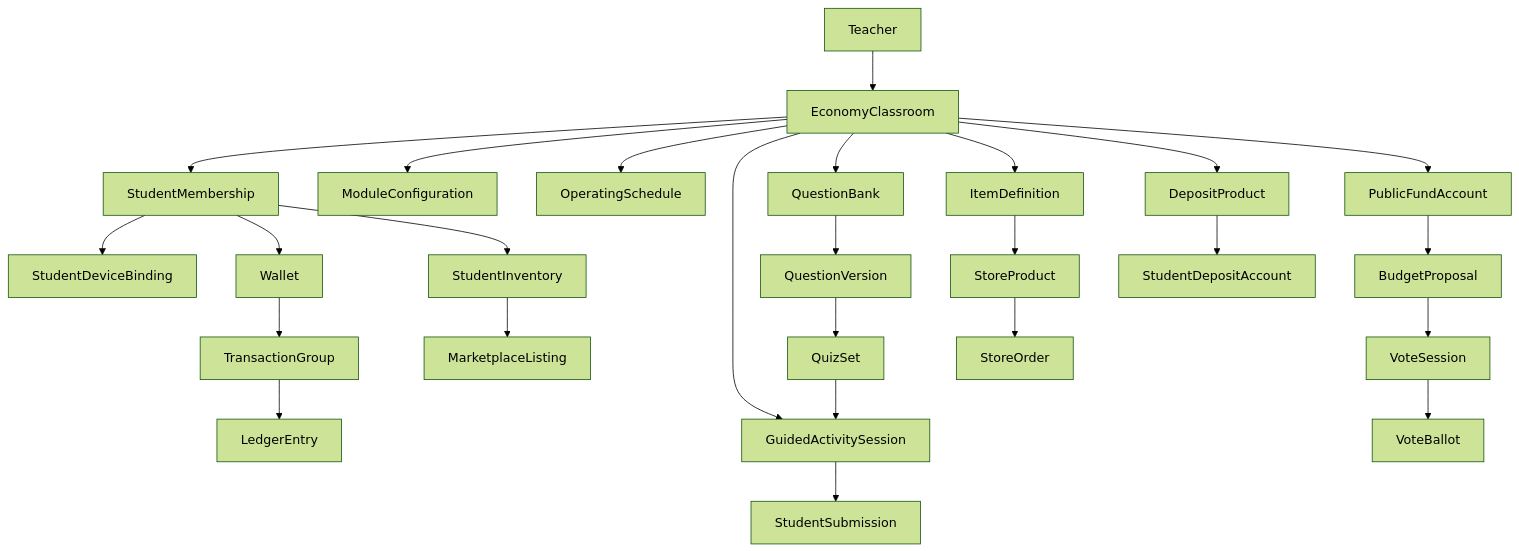
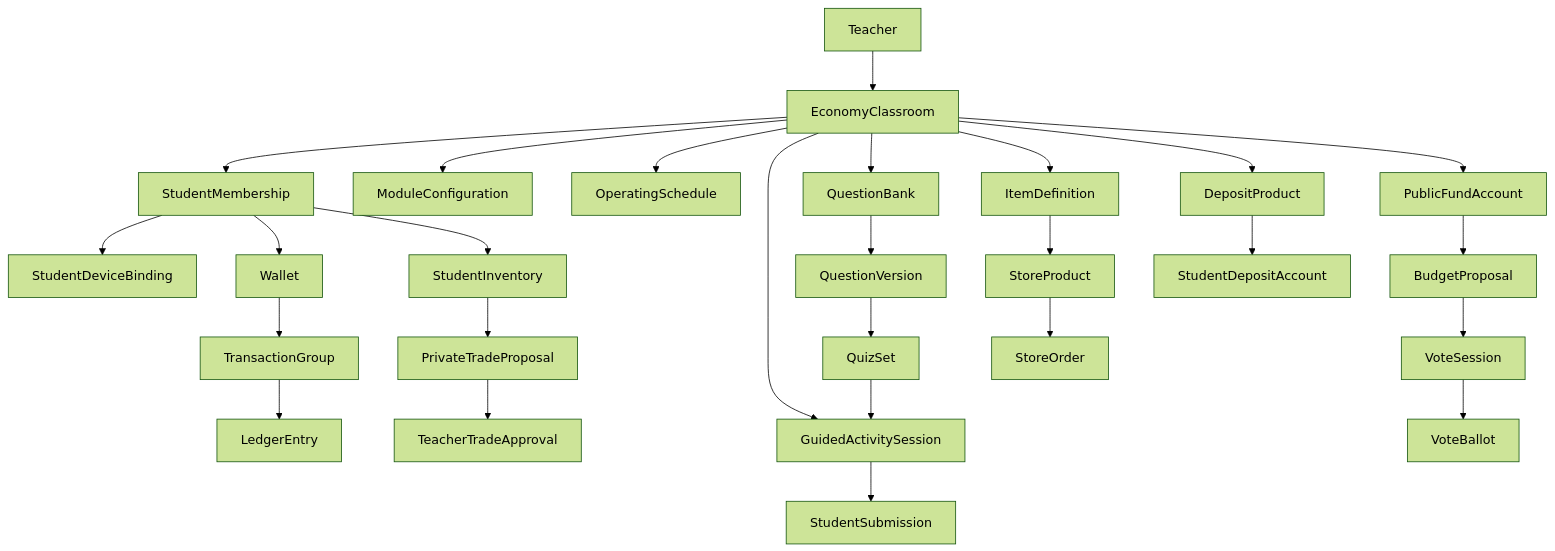
The diagram in docs/ECONOMY_CLASSROOM_MVP_SPEC.md (watermell0n/EcoVillgae), drawn with Mermaid (forest theme) before and after one commit. The commit also changed other lines of this file and 1 other file, not shown here.

````diff
--- a/docs/ECONOMY_CLASSROOM_MVP_SPEC.md
+++ b/docs/ECONOMY_CLASSROOM_MVP_SPEC.md
@@ -1352,33 +1423,34 @@
 ```mermaid
 flowchart TD
     T["Teacher"] --> C["EconomyClassroom"]
     C --> S["StudentMembership"]
     S --> D["StudentDeviceBinding"]
     C --> MC["ModuleConfiguration"]
     C --> OS["OperatingSchedule"]
     C --> GS["GuidedActivitySession"]
 
     S --> W["Wallet"]
     W --> TG["TransactionGroup"]
     TG --> LE["LedgerEntry"]
 
     C --> QB["QuestionBank"]
     QB --> Q["QuestionVersion"]
     Q --> QS["QuizSet"]
     QS --> GS
     GS --> SUB["StudentSubmission"]
 
     C --> IT["ItemDefinition"]
     IT --> SP["StoreProduct"]
     S --> INV["StudentInventory"]
-    INV --> ML["MarketplaceListing"]
+    INV --> PT["PrivateTradeProposal"]
+    PT --> TA["TeacherTradeApproval"]
     SP --> ORD["StoreOrder"]
 
     C --> DP["DepositProduct"]
     DP --> DA["StudentDepositAccount"]
 
     C --> PF["PublicFundAccount"]
     PF --> BP["BudgetProposal"]
     BP --> VS["VoteSession"]
     VS --> VB["VoteBallot"]
 ```
````
